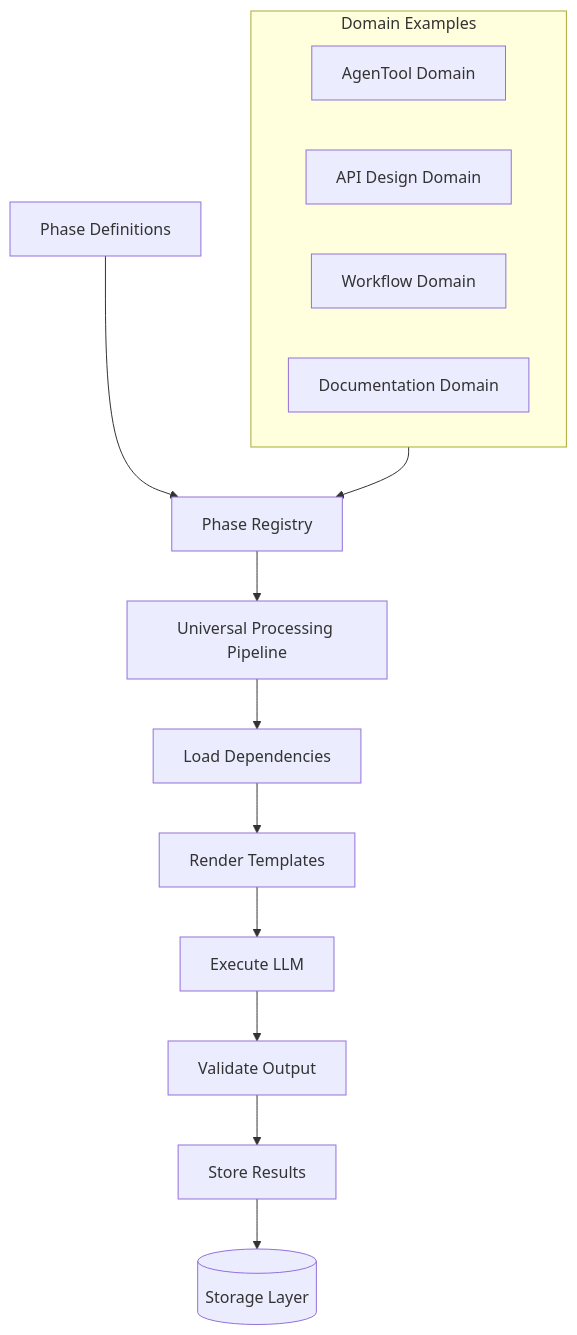
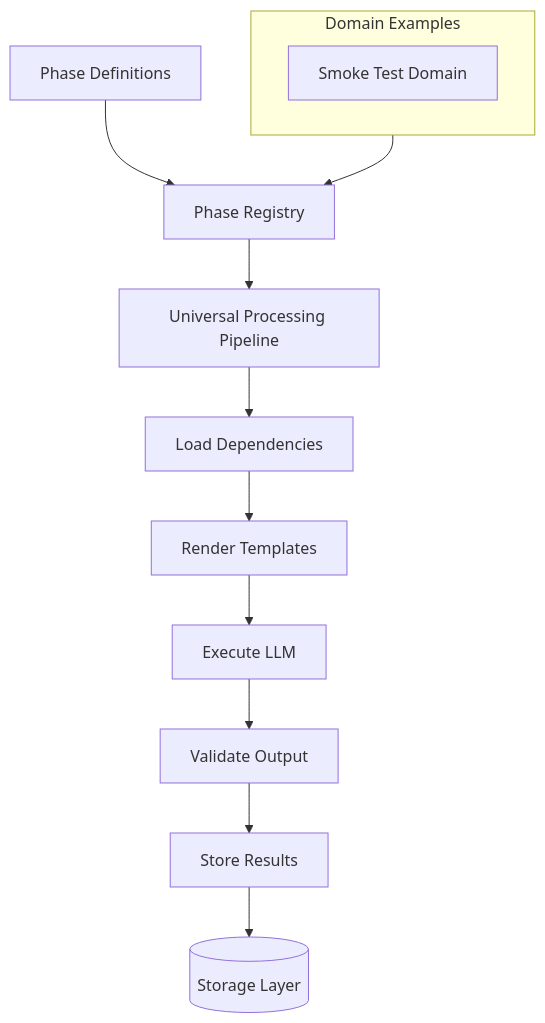
One commit to fblgit/agentool changed the second of 6 diagrams in docs/DATA_FLOW_REQUIREMENTS.md. Above: the diagram before and after it, drawn with Mermaid. The commit also changed other lines of this file and 6 other files, not shown here.

````diff
--- a/docs/DATA_FLOW_REQUIREMENTS.md
+++ b/docs/DATA_FLOW_REQUIREMENTS.md
@@ -50,22 +50,19 @@
 ```mermaid
 graph TB
     Config[Phase Definitions] --> Registry[Phase Registry]
     Registry --> Pipeline[Universal Processing Pipeline]
     
     Pipeline --> Load[Load Dependencies]
     Load --> Template[Render Templates]
     Template --> LLM[Execute LLM]
     LLM --> Validate[Validate Output]
     Validate --> Store[Store Results]
     
     Store --> Storage[(Storage Layer)]
     
     subgraph domains[Domain Examples]
-        AgenTool[AgenTool Domain]
-        API[API Design Domain]  
-        Workflow[Workflow Domain]
-        Docs[Documentation Domain]
+        Smoke[Smoke Test Domain]
     end
     
     domains --> Registry
 ```
````
